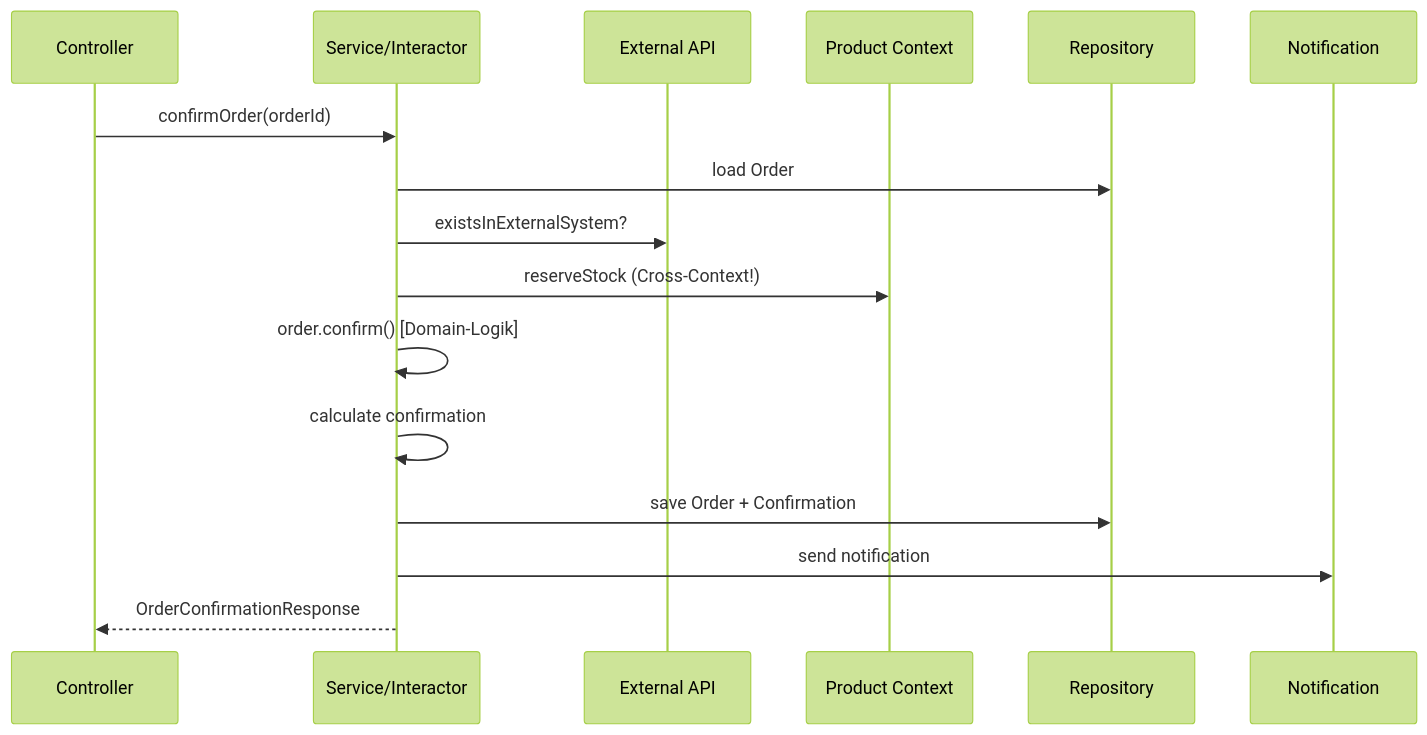
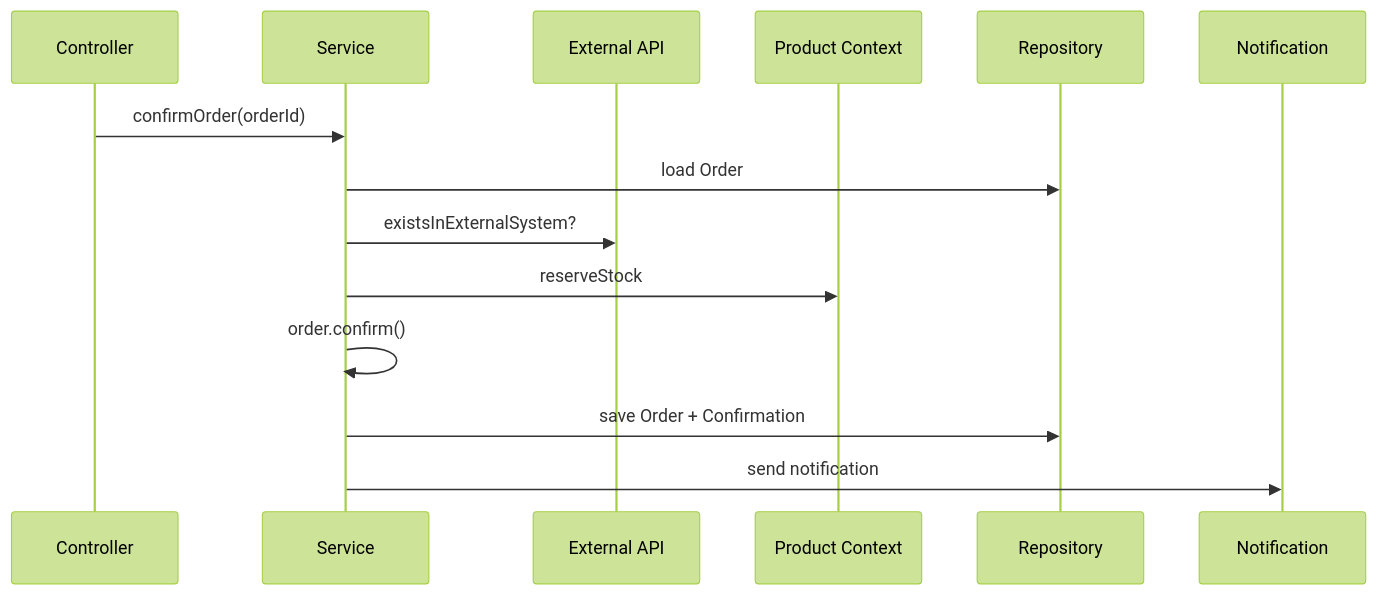
Before and after one commit to travelplanner04/ddd-example: the diagram in README.md, drawn with Mermaid (forest theme). The commit also changed other lines of this file and 16 other files, not shown here.

````diff
--- a/README.md
+++ b/README.md
@@ -70,19 +54,17 @@
 ```mermaid
 sequenceDiagram
     participant C as Controller
-    participant S as Service/Interactor
+    participant S as Service
     participant Ext as External API
     participant Prod as Product Context
     participant DB as Repository
     participant Email as Notification
 
     C->>S: confirmOrder(orderId)
     S->>DB: load Order
     S->>Ext: existsInExternalSystem?
-    S->>Prod: reserveStock (Cross-Context!)
-    S->>S: order.confirm() [Domain-Logik]
-    S->>S: calculate confirmation
+    S->>Prod: reserveStock
+    S->>S: order.confirm()
     S->>DB: save Order + Confirmation
     S->>Email: send notification
-    S-->>C: OrderConfirmationResponse
 ```
````
